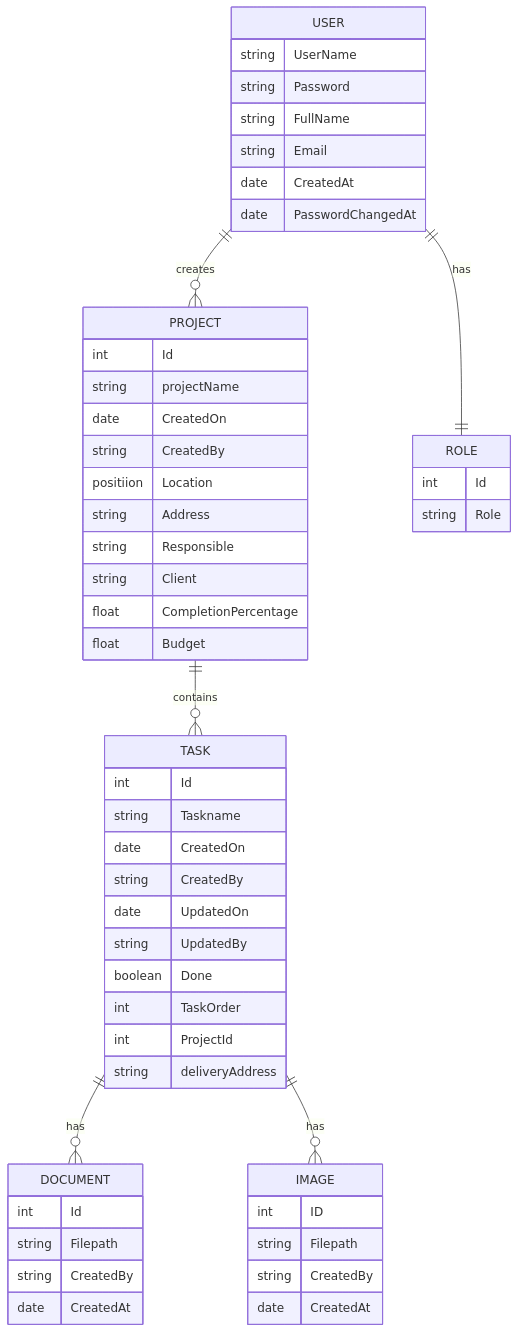
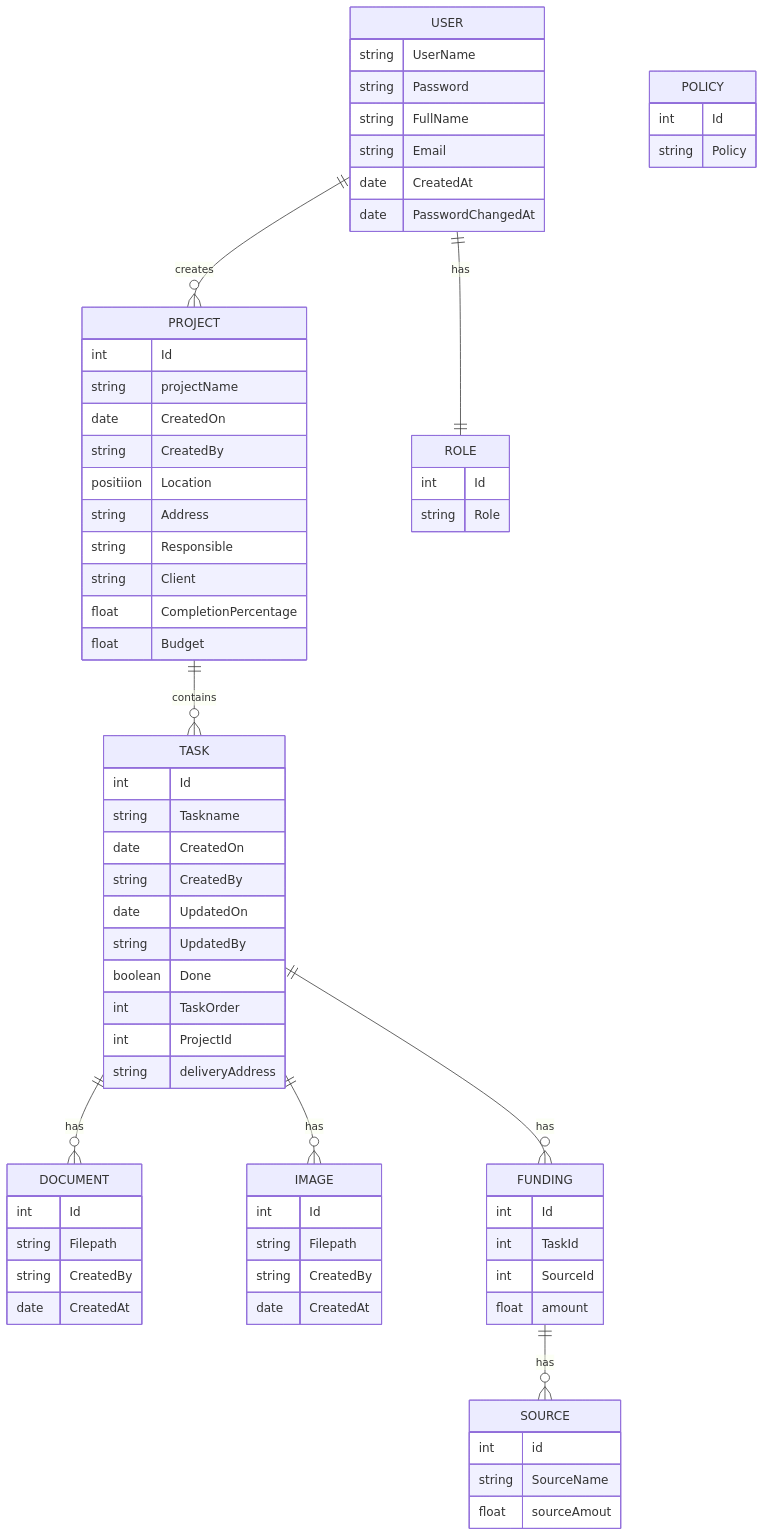
Before and after one commit to kamalbowselvam/chaintask: the diagram in README.md, drawn with Mermaid.

````diff
--- a/README.md
+++ b/README.md
@@ -17,56 +17,73 @@
 ```mermaid
 erDiagram
     PROJECT ||--o{ TASK : contains
     USER ||--o{ PROJECT : creates
     USER ||--|| ROLE : has
     TASK ||--o{ DOCUMENT : has
     TASK ||--o{ IMAGE: has
+    TASK ||--o{ FUNDING: has
+    FUNDING ||--o{ SOURCE: has
+    FUNDING{
+        int Id
+        int TaskId
+        int SourceId
+        float amount
+    }
+    SOURCE {
+        int id
+        string SourceName
+        float sourceAmout
+    }
     PROJECT {
         int Id
         string projectName
         date CreatedOn
         string CreatedBy
         positiion Location
         string Address
         string Responsible
         string Client
         float CompletionPercentage
         float Budget
     }
     TASK {
         int Id
         string Taskname
         date CreatedOn
         string CreatedBy
         date UpdatedOn
         string UpdatedBy
         boolean Done
         int TaskOrder
         int ProjectId
         string deliveryAddress
     }
     USER {
         string UserName
         string Password
         string FullName
         string Email
         date CreatedAt
         date PasswordChangedAt
     }
     ROLE {
         int Id
         string Role
     }
     DOCUMENT {
         int Id
         string Filepath
         string CreatedBy 
         date CreatedAt 
     }
     IMAGE {
-        int ID
+        int Id
         string Filepath
         string CreatedBy 
         date CreatedAt 
     }
+    POLICY {
+        int Id
+        string Policy
+    }
 ```
````
